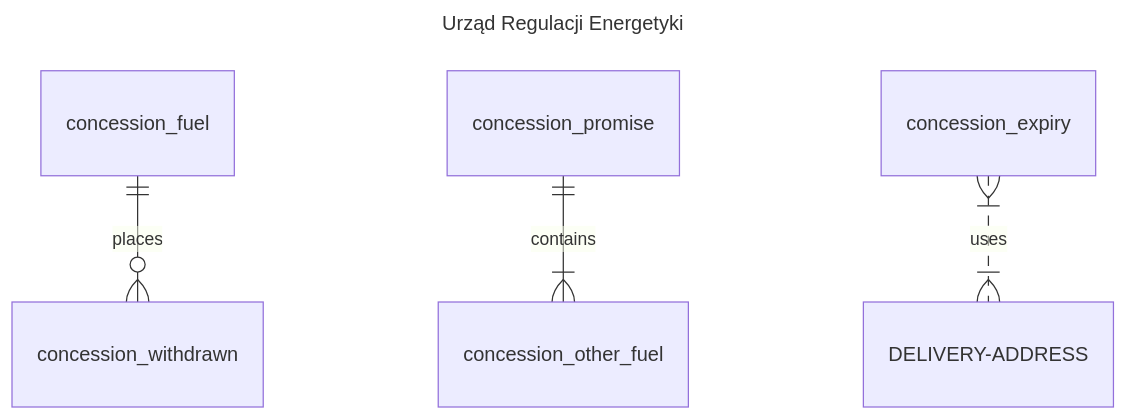
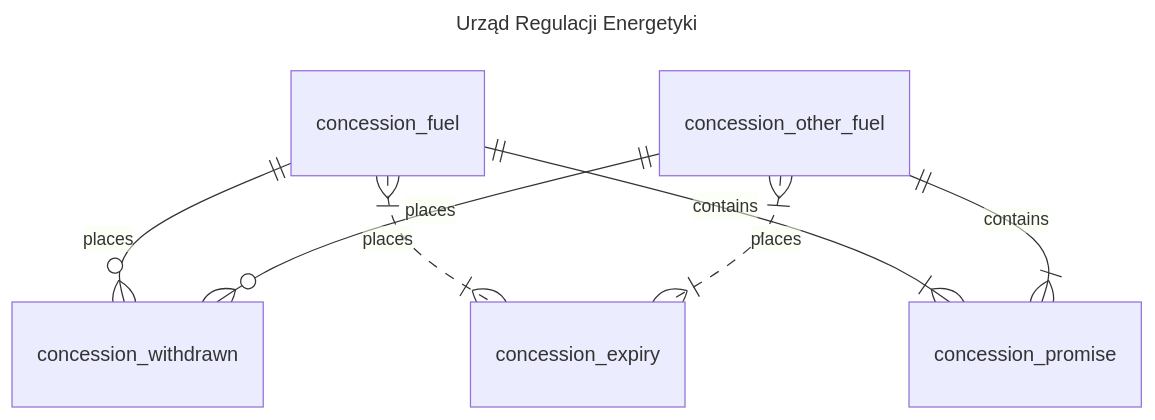
Before and after one commit to n-kodem/ure-database-project: the diagram in README.md, drawn with Mermaid.

````diff
--- a/README.md
+++ b/README.md
@@ -5,9 +5,12 @@
 ```mermaid
 ---
 title: Urząd Regulacji Energetyki
 ---
 erDiagram
     concession_fuel ||--o{ concession_withdrawn : places
-    concession_promise ||--|{ concession_other_fuel : contains
-    concession_expiry }|..|{ DELIVERY-ADDRESS : uses
+    concession_other_fuel ||--o{ concession_withdrawn : places
+    concession_fuel }|..|{  concession_expiry : places
+    concession_other_fuel }|..|{  concession_expiry : places
+    concession_fuel ||--|{ concession_promise : contains
+    concession_other_fuel ||--|{ concession_promise : contains
 ```
````
